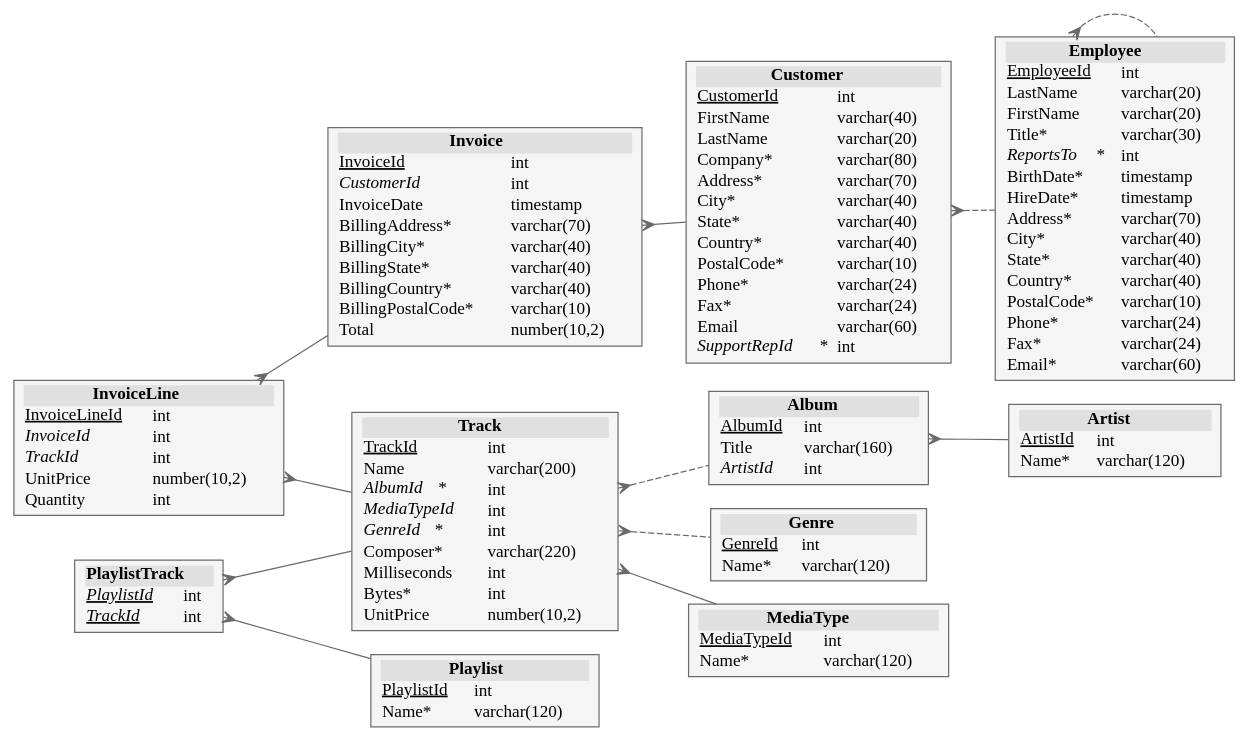
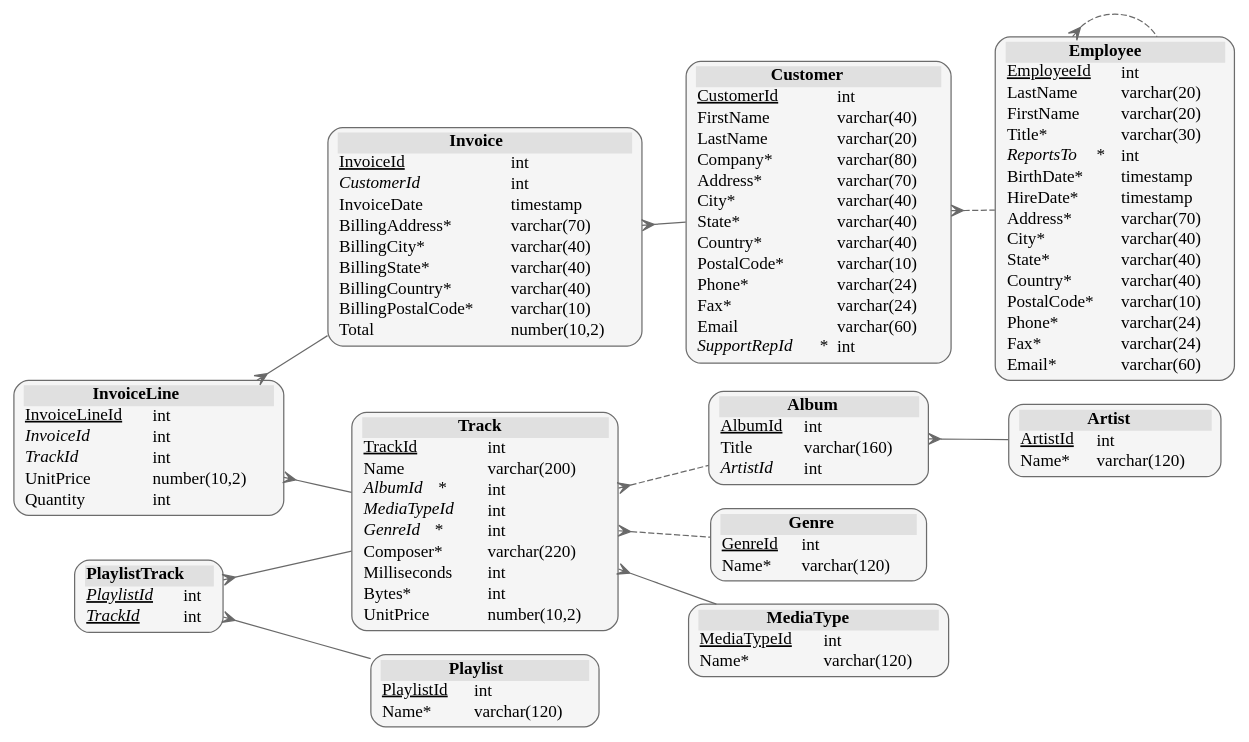
The diagram in output/Chinook.PUBLIC-full.dot (cristiscu/erd-viewer), drawn with Graphviz before and after one commit. The commit also changed 5 other files, not shown here.

```diff
--- a/output/Chinook.PUBLIC-full.dot
+++ b/output/Chinook.PUBLIC-full.dot
@@ -2,7 +2,7 @@
 
 digraph G {
   graph [ rankdir="LR" bgcolor="#ffffff" ]
-  node [ style="filled" shape="record" gradientangle="180" ]
+  node [ style="filled" shape="Mrecord" gradientangle="180" ]
   edge [ arrowhead="none" arrowtail="none" dir="both" ]
 
   n1 [
```
